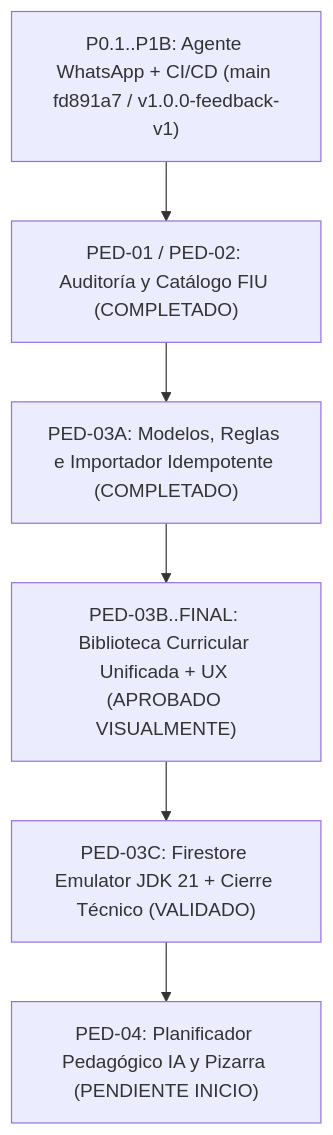
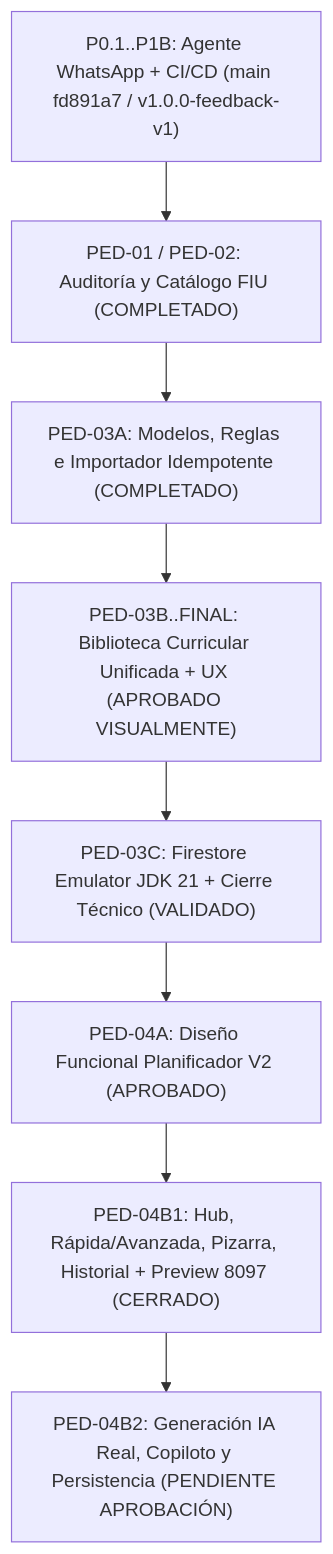
Before and after one commit to jumpercusco-ux/ginga-app: the third of 3 diagrams in CURRENT-STATE.md, drawn with Mermaid. The commit also changed other lines of this file and 14 other files, not shown here.

Commit message:
feat(planificador): implementar interfaz PED-04B1 del Planificador Pedagógico V2 y cerrar validación

````diff
--- a/CURRENT-STATE.md
+++ b/CURRENT-STATE.md
@@ -452,8 +452,10 @@
 ```mermaid
 flowchart TD
     P01["P0.1..P1B: Agente WhatsApp + CI/CD (main fd891a7 / v1.0.0-feedback-v1)"] --> PED01["PED-01 / PED-02: Auditoría y Catálogo FIU (COMPLETADO)"]
     PED01 --> PED03A["PED-03A: Modelos, Reglas e Importador Idempotente (COMPLETADO)"]
     PED03A --> PED03B["PED-03B..FINAL: Biblioteca Curricular Unificada + UX (APROBADO VISUALMENTE)"]
     PED03B --> PED03C["PED-03C: Firestore Emulator JDK 21 + Cierre Técnico (VALIDADO)"]
-    PED03C --> PED04["PED-04: Planificador Pedagógico IA y Pizarra (PENDIENTE INICIO)"]
+    PED03C --> PED04A["PED-04A: Diseño Funcional Planificador V2 (APROBADO)"]
+    PED04A --> PED04B1["PED-04B1: Hub, Rápida/Avanzada, Pizarra, Historial + Preview 8097 (CERRADO)"]
+    PED04B1 --> PED04B2["PED-04B2: Generación IA Real, Copiloto y Persistencia (PENDIENTE APROBACIÓN)"]
 ```
````
